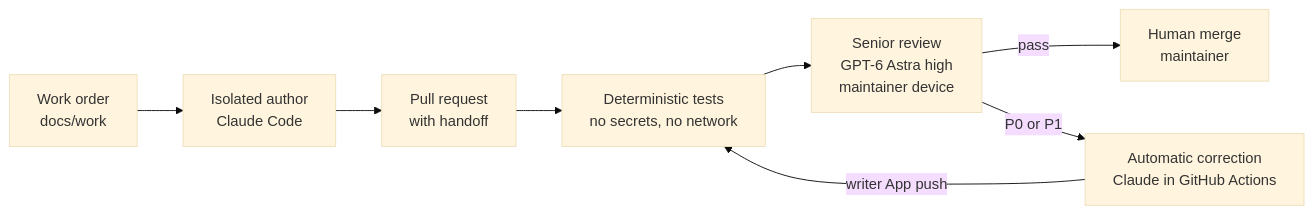
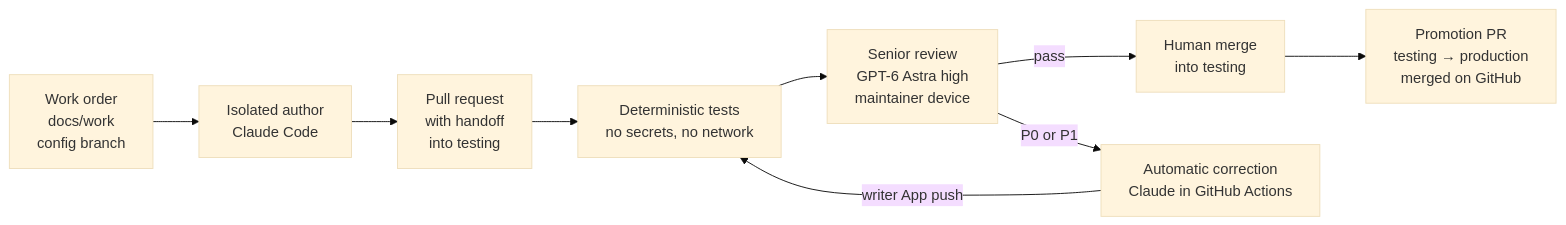
The diagram in docs/software-factory.md (Zerosteps1/Aicepeak_V2.0.0), drawn with Mermaid (base theme) before and after one commit. The commit also changed other lines of this file and 60 other files, not shown here.

````diff
--- a/docs/software-factory.md
+++ b/docs/software-factory.md
@@ -11,10 +11,11 @@
 ```mermaid
 flowchart LR
-  T[Work order<br/>docs/work] --> A[Isolated author<br/>Claude Code]
-  A --> P[Pull request<br/>with handoff]
+  T[Work order<br/>docs/work<br/>config branch] --> A[Isolated author<br/>Claude Code]
+  A --> P[Pull request<br/>with handoff<br/>into testing]
   P --> D[Deterministic tests<br/>no secrets, no network]
   D --> R[Senior review<br/>GPT-6 Astra high<br/>maintainer device]
-  R -->|pass| M[Human merge<br/>maintainer]
+  R -->|pass| M[Human merge<br/>into testing]
   R -->|P0 or P1| C[Automatic correction<br/>Claude in GitHub Actions]
   C -->|writer App push| D
+  M --> X[Promotion PR<br/>testing → production<br/>merged on GitHub]
 ```
````
